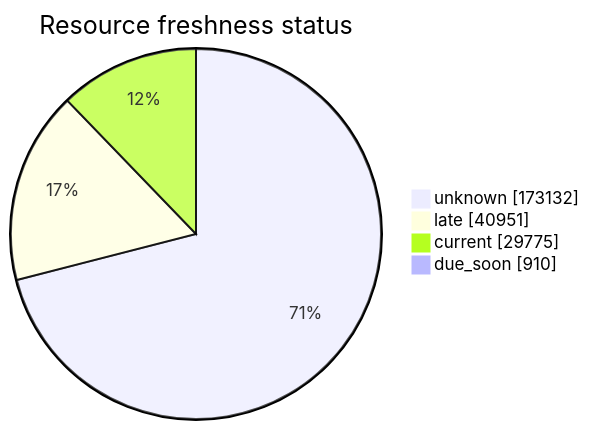
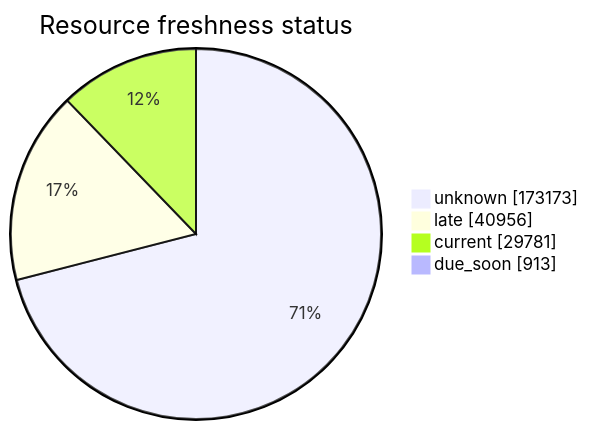
The third of 5 diagrams in FreshCheck/README.md (open-data/analytics-corporate-reporting), drawn with Mermaid before and after one commit. The commit also changed other lines of this file and 3 other files, not shown here.

````diff
--- a/FreshCheck/README.md
+++ b/FreshCheck/README.md
@@ -77,7 +77,7 @@
 ```mermaid
 pie showData title Resource freshness status
-    "unknown": 173132
-    "late": 40951
-    "current": 29775
-    "due_soon": 910
+    "unknown": 173173
+    "late": 40956
+    "current": 29781
+    "due_soon": 913
 ```
````
